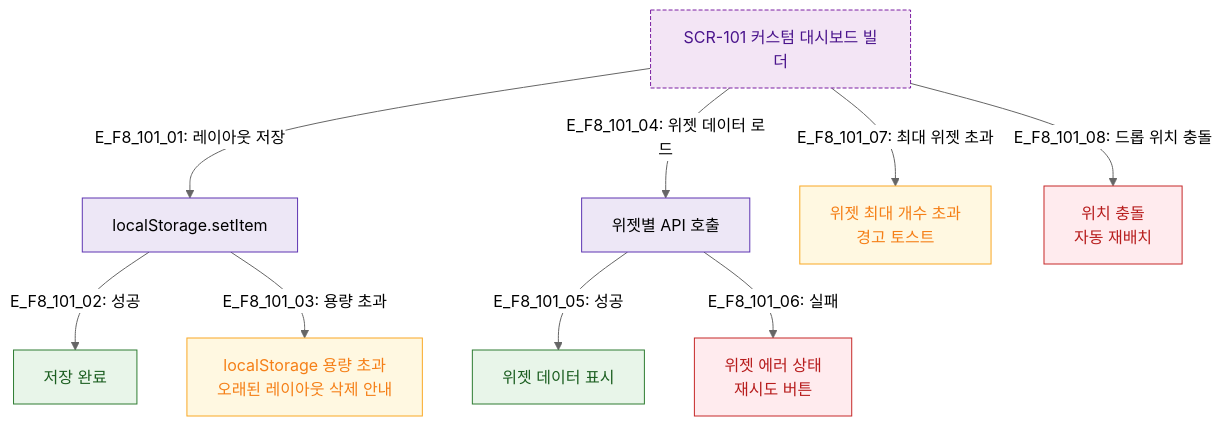
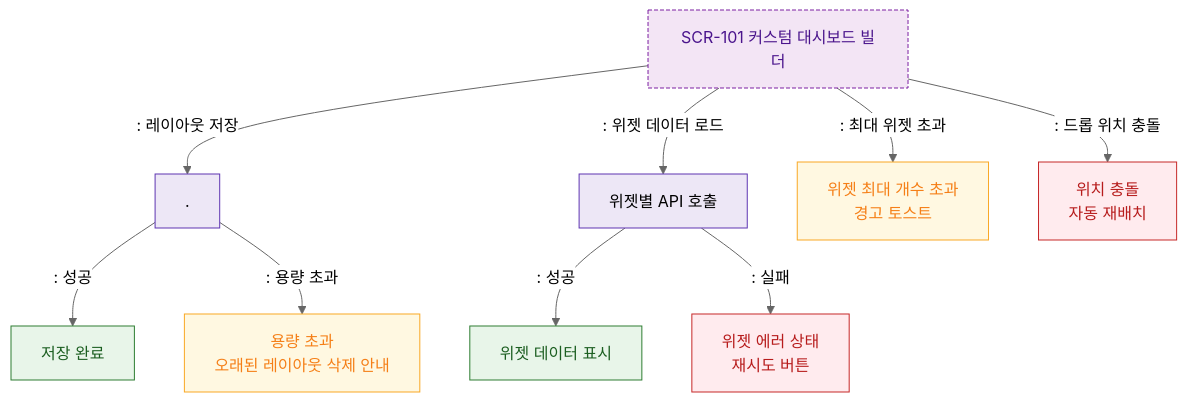
Before and after one commit to dev-spogym/admin-pando: the diagram in docs/다이어그램/D10_본사관리/SCR-101_커스텀대시보드빌더/F8_에러예외복구.md, drawn with Mermaid (neutral theme). The commit also changed other lines of this file and 1660 other files, not shown here.

First line of the commit message:
다이어그램: 기획자/클라이언트 납품본으로 정리

````diff
--- a/docs/다이어그램/D10_본사관리/SCR-101_커스텀대시보드빌더/F8_에러예외복구.md
+++ b/docs/다이어그램/D10_본사관리/SCR-101_커스텀대시보드빌더/F8_에러예외복구.md
@@ -14,27 +12,27 @@
 ```mermaid
 flowchart TD
     SCR101[SCR-101 커스텀 대시보드 빌더]
 
-    SCR101 -->|"E_F8_101_01: 레이아웃 저장"| SaveReq[localStorage.setItem]
-    SaveReq -->|"E_F8_101_02: 성공"| SaveOK[저장 완료]
-    SaveReq -->|"E_F8_101_03: 용량 초과"| E_Storage[localStorage 용량 초과\n오래된 레이아웃 삭제 안내]
+    SCR101 -->|": 레이아웃 저장"|SaveReq[.]
+    SaveReq -->|": 성공"|SaveOK[저장 완료]
+    SaveReq -->|": 용량 초과"|E_Storage[용량 초과\n오래된 레이아웃 삭제 안내]
 
-    SCR101 -->|"E_F8_101_04: 위젯 데이터 로드"| DataReq[위젯별 API 호출]
-    DataReq -->|"E_F8_101_05: 성공"| DataOK[위젯 데이터 표시]
-    DataReq -->|"E_F8_101_06: 실패"| E_WidgetFail[위젯 에러 상태\n재시도 버튼]
+    SCR101 -->|": 위젯 데이터 로드"|DataReq[위젯별 API 호출]
+    DataReq -->|": 성공"|DataOK[위젯 데이터 표시]
+    DataReq -->|": 실패"|E_WidgetFail[위젯 에러 상태\n재시도 버튼]
 
-    SCR101 -->|"E_F8_101_07: 최대 위젯 초과"| E_MaxWidgets[위젯 최대 개수 초과\n경고 토스트]
-    SCR101 -->|"E_F8_101_08: 드롭 위치 충돌"| E_Overlap[위치 충돌\n자동 재배치]
+    SCR101 -->|": 최대 위젯 초과"|E_MaxWidgets[위젯 최대 개수 초과\n경고 토스트]
+    SCR101 -->|": 드롭 위치 충돌"|E_Overlap[위치 충돌\n자동 재배치]
 
     classDef screen fill:#E3F2FD,stroke:#1976D2,color:#0D47A1
     classDef newFeature fill:#F3E5F5,stroke:#7B1FA2,color:#4A148C,stroke-dasharray:4 2
     classDef error fill:#FFEBEE,stroke:#C62828,color:#B71C1C
     classDef success fill:#E8F5E9,stroke:#2E7D32,color:#1B5E20
     classDef warning fill:#FFF8E1,stroke:#F9A825,color:#F57F17
     classDef system fill:#EDE7F6,stroke:#5E35B2
     class SCR101 newFeature
     class SaveOK,DataOK success
     class E_Storage,E_MaxWidgets warning
     class E_WidgetFail,E_Overlap error
     class SaveReq,DataReq system
 ```
````
